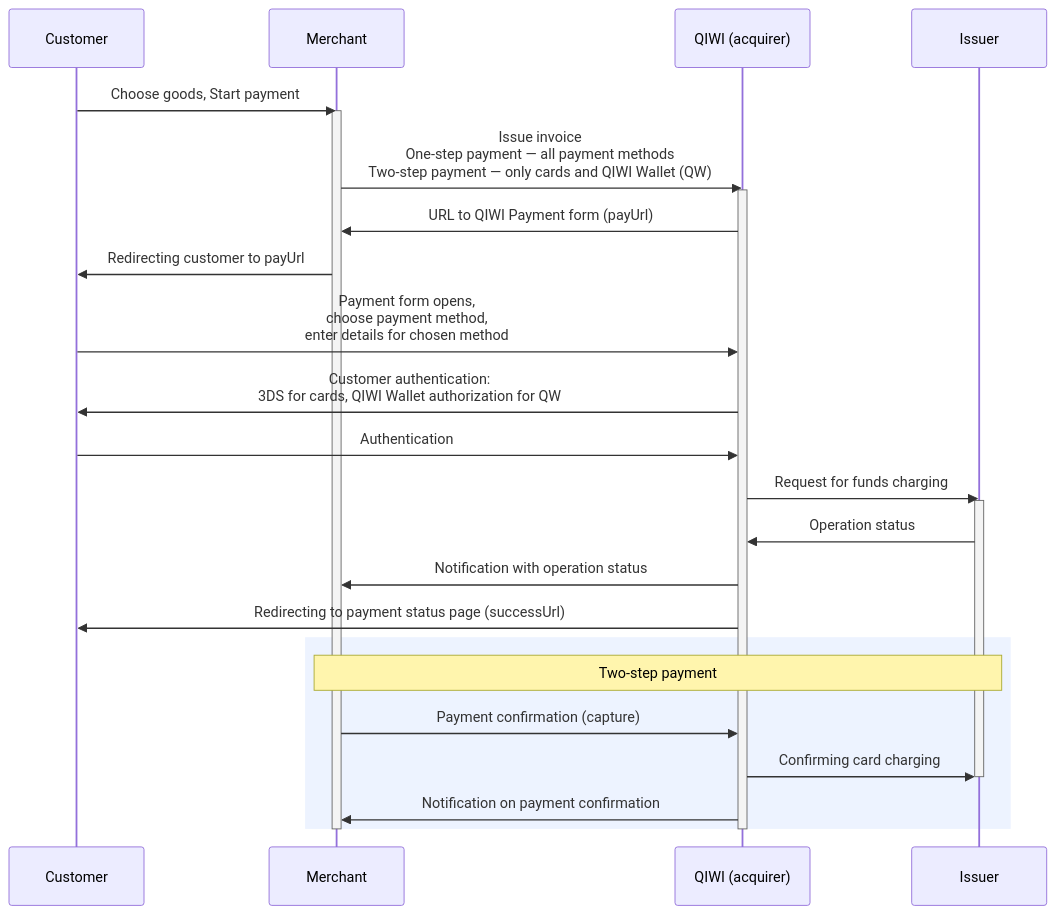
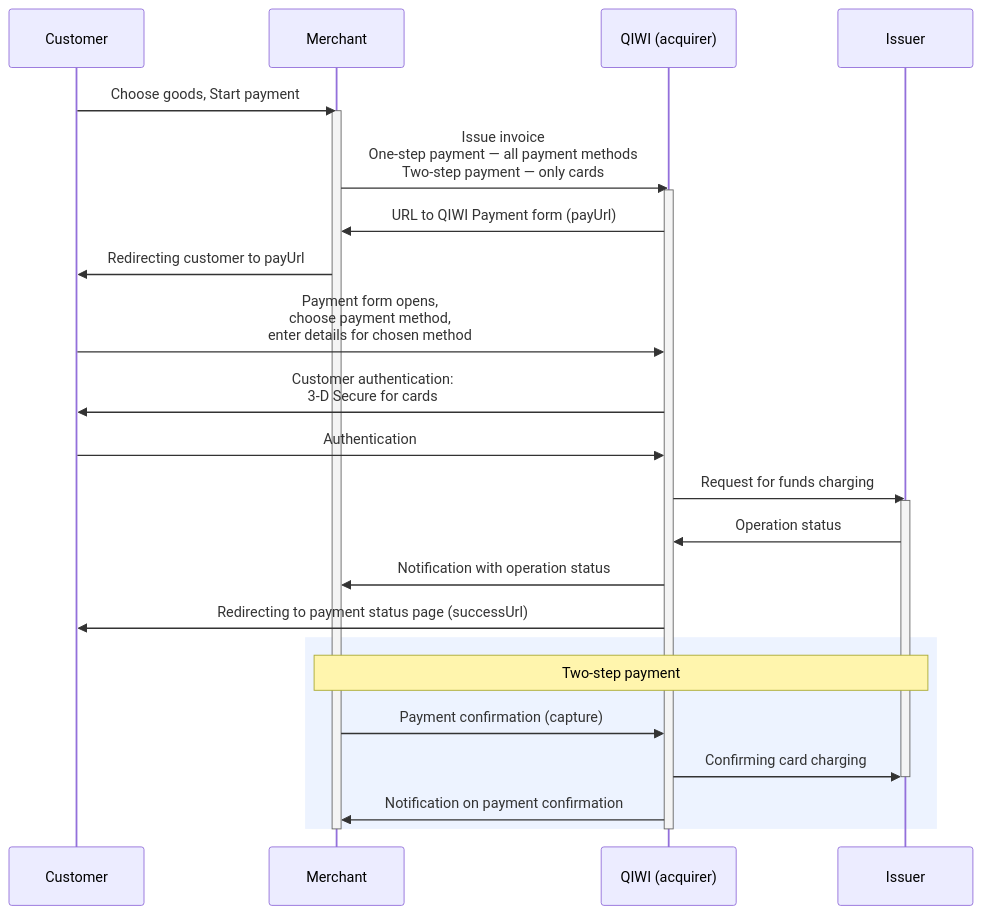
One commit to QIWI-API/payments-docs changed the diagram in _qiwi-form_en.html.md. Above: the diagram before and after it, drawn with Mermaid. The commit also changed other lines of this file and 16 other files, not shown here.

```diff
--- a/_qiwi-form_en.html.md
+++ b/_qiwi-form_en.html.md
@@ -15,30 +13,30 @@
 <div class="mermaid">
 sequenceDiagram
 participant customer as Customer
 participant store as Merchant
 participant qb as QIWI (acquirer)
 participant ips as Issuer
 customer->>store:Choose goods, Start payment
 activate store
-store->>qb:Issue invoice<br/>One-step payment — all payment methods<br/>Two-step payment — only cards and QIWI Wallet (QW)
+store->>qb:Issue invoice<br/>One-step payment — all payment methods<br/>Two-step payment — only cards
 activate qb
 qb->>store:URL to QIWI Payment form (payUrl)
 store->>customer:Redirecting customer to payUrl
 customer->>qb:Payment form opens,<br/>choose payment method,<br/>enter details for chosen method
-qb->>customer:Customer authentication:<br/>3DS for cards, QIWI Wallet authorization for QW
+qb->>customer:Customer authentication:<br/>3-D Secure for cards
 customer->>qb:Authentication
 qb->>ips:Request for funds charging
 activate ips
 ips->>qb:Operation status
 qb->>store:Notification with operation status
 qb->>customer: Redirecting to payment status page (successUrl)
 rect rgb(237, 243, 255)
 Note over store, ips:Two-step payment
 store->>qb:Payment confirmation (capture)
 qb->>ips:Confirming card charging
 deactivate ips
 qb->>store:Notification on payment confirmation
 end
 deactivate qb
 deactivate store
 </div>
```
